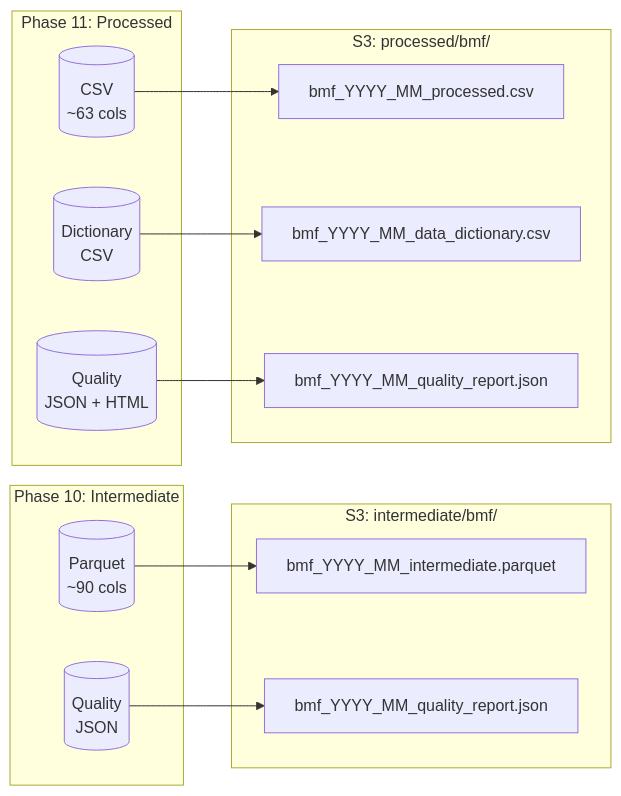
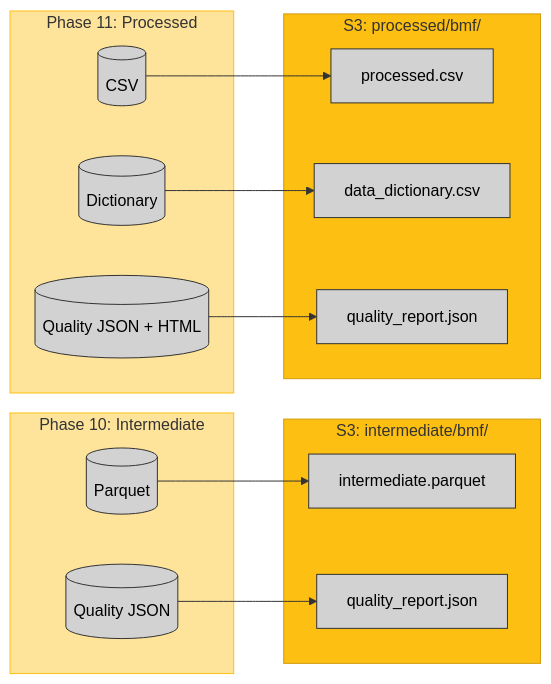
One commit to UrbanInstitute/nccs-data-bmf changed the second of 3 diagrams in docs/01-architecture.qmd. Above: the diagram before and after it, drawn with Mermaid. The commit also changed other lines of this file and 1 other file, not shown here.

First line of the commit message:
Update architecture docs and fix S3 upload filename

````diff
--- a/docs/01-architecture.qmd
+++ b/docs/01-architecture.qmd
@@ -253,30 +215,39 @@
 ```{mermaid}
+%%| fig-width: 10
+%%| fig-height: 6
 flowchart LR
-    subgraph Phase10["Phase 10: Intermediate"]
-        I1[("Parquet<br/>~90 cols")]
-        I2[("Quality<br/>JSON")]
+    classDef node fill:#d2d2d2,stroke:#333,color:#000
+
+    subgraph Phase10[Phase 10: Intermediate]
+        I1[(Parquet)]
+        I2[(Quality JSON)]
     end
 
-    subgraph Phase11["Phase 11: Processed"]
-        P1[("CSV<br/>~63 cols")]
-        P2[("Dictionary<br/>CSV")]
-        P3[("Quality<br/>JSON + HTML")]
+    subgraph Phase11[Phase 11: Processed]
+        P1[(CSV)]
+        P2[(Dictionary)]
+        P3[(Quality JSON + HTML)]
     end
 
-    subgraph S3Int["S3: intermediate/bmf/"]
-        S3I1["bmf_YYYY_MM_intermediate.parquet"]
-        S3I2["bmf_YYYY_MM_quality_report.json"]
+    subgraph S3Int[S3: intermediate/bmf/]
+        S3I1["intermediate.parquet"]
+        S3I2["quality_report.json"]
     end
 
-    subgraph S3Proc["S3: processed/bmf/"]
-        S3P1["bmf_YYYY_MM_processed.csv"]
-        S3P2["bmf_YYYY_MM_data_dictionary.csv"]
-        S3P3["bmf_YYYY_MM_quality_report.json"]
+    subgraph S3Proc[S3: processed/bmf/]
+        S3P1["processed.csv"]
+        S3P2["data_dictionary.csv"]
+        S3P3["quality_report.json"]
     end
 
     I1 --> S3I1
     I2 --> S3I2
     P1 --> S3P1
     P2 --> S3P2
     P3 --> S3P3
+
+    style Phase10 fill:#fee39b,stroke:#fdbf11
+    style Phase11 fill:#fee39b,stroke:#fdbf11
+    style S3Int fill:#fdbf11,stroke:#d19c0f
+    style S3Proc fill:#fdbf11,stroke:#d19c0f
 ```
````
